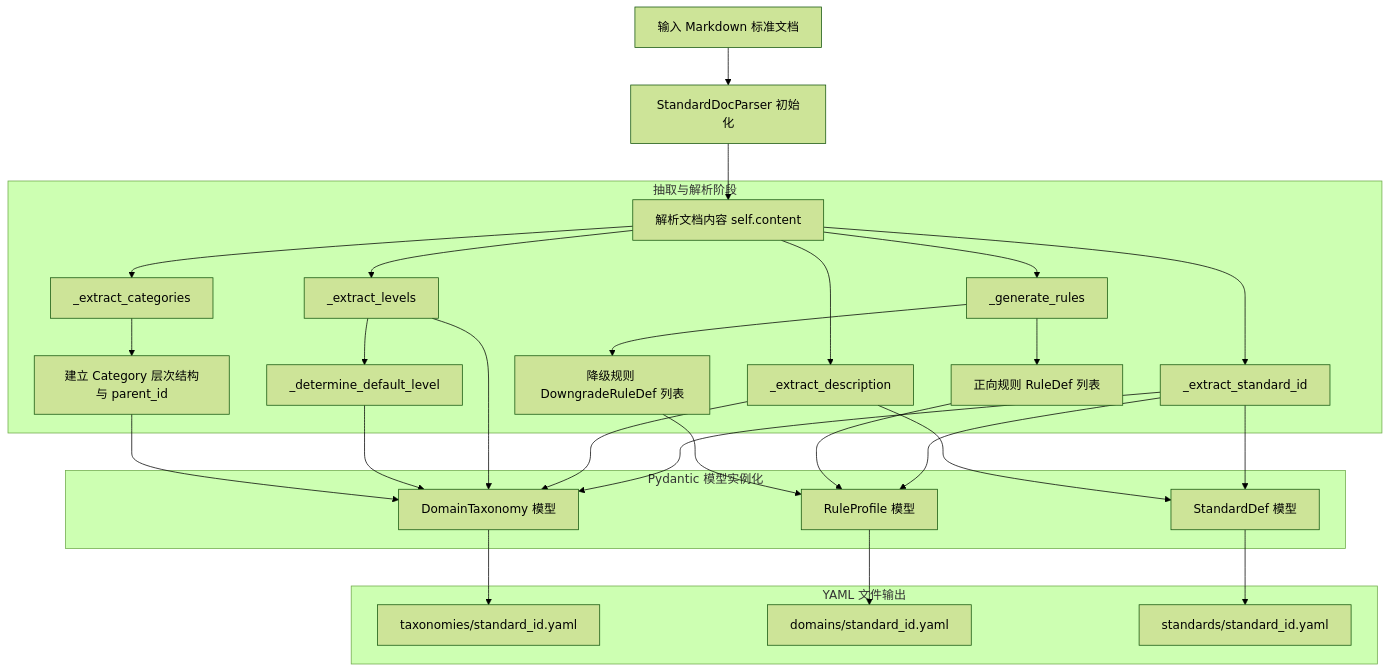
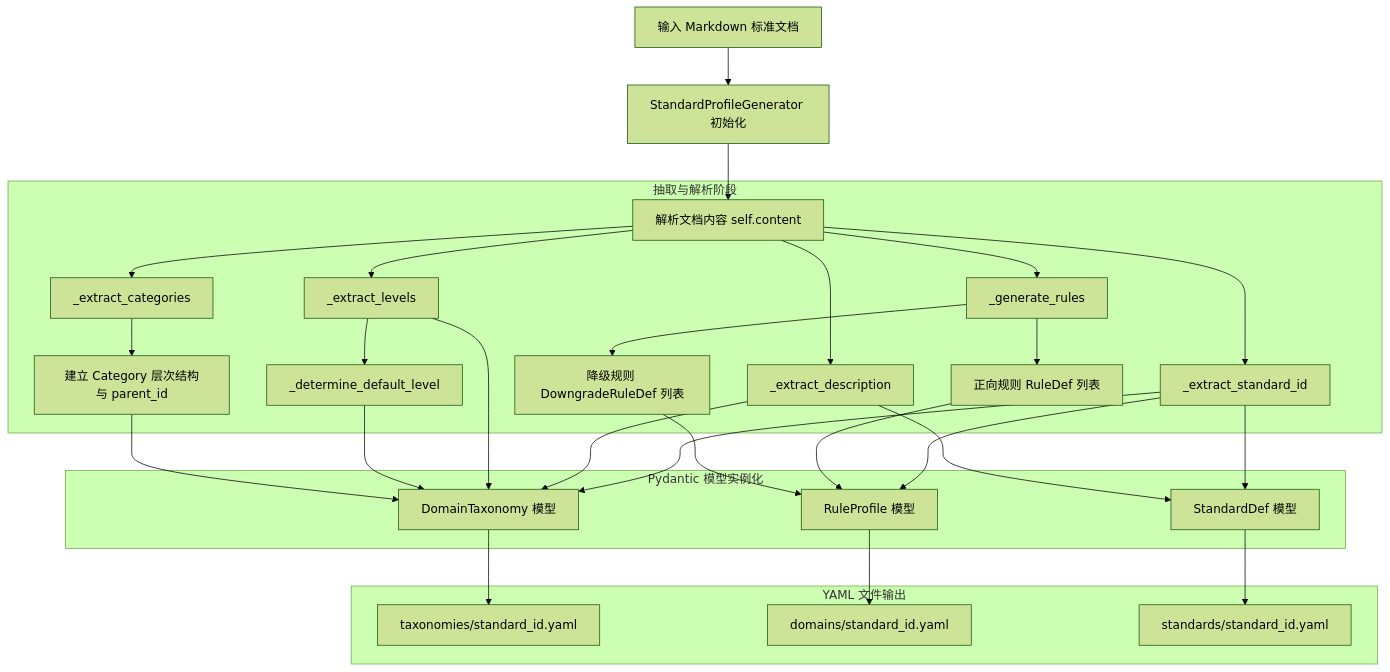
Before and after one commit to fengzhizi319/PrivShield: the first of 2 diagrams in docs/dynclassification/standard_profile_generator.md, drawn with Mermaid (forest theme). The commit also changed other lines of this file and 10 other files, not shown here.

First line of the commit message:
refactor(dynclassification): remove StandardDocParser alias, fix LLM dtype, add MLX conversion script and ML deps

````diff
--- a/docs/dynclassification/standard_profile_generator.md
+++ b/docs/dynclassification/standard_profile_generator.md
@@ -88,30 +88,30 @@
 ```mermaid
 flowchart TD
-    A[输入 Markdown 标准文档] --> B[StandardDocParser 初始化]
+    A[输入 Markdown 标准文档] --> B[StandardProfileGenerator 初始化]
     B --> C[解析文档内容 self.content]
     
     subgraph 抽取与解析阶段
         C --> D1[_extract_standard_id]
         C --> D2[_extract_description]
         C --> D3[_extract_levels]
         C --> D4[_extract_categories]
         C --> D5[_generate_rules]
         
         D3 --> E1[_determine_default_level]
         D4 --> E2[建立 Category 层次结构与 parent_id]
         D5 --> E3[正向规则 RuleDef 列表]
         D5 --> E4[降级规则 DowngradeRuleDef 列表]
     end
     
     subgraph Pydantic 模型实例化
         D1 & D2 & D3 & E1 & E2 --> M1[DomainTaxonomy 模型]
         D1 & E3 & E4 --> M2[RuleProfile 模型]
         D1 & D2 --> M3[StandardDef 模型]
     end
     
     subgraph YAML 文件输出
         M1 --> Out1[taxonomies/standard_id.yaml]
         M2 --> Out2[domains/standard_id.yaml]
         M3 --> Out3[standards/standard_id.yaml]
     end
 ```
````
